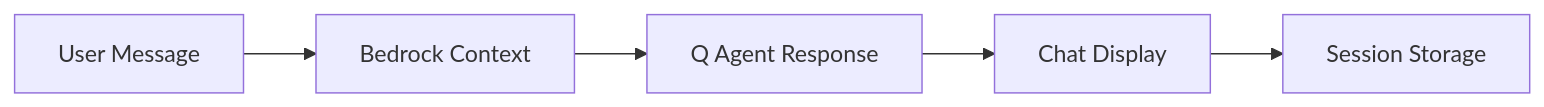
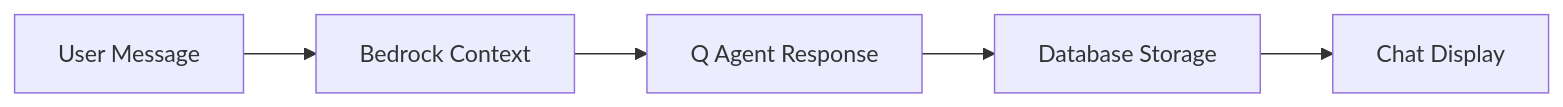
One commit to ram-020998/nexus-gen-v2 changed the fourth of 5 diagrams in README.md. Above: the diagram before and after it, drawn with Mermaid. The commit also changed other lines of this file and 51 other files, not shown here.

````diff
--- a/README.md
+++ b/README.md
@@ -104,7 +115,7 @@
 ```mermaid
 graph LR
     A[User Message] --> B[Bedrock Context]
     B --> C[Q Agent Response]
-    C --> D[Chat Display]
-    D --> E[Session Storage]
+    C --> D[Database Storage]
+    D --> E[Chat Display]
 ```
````
